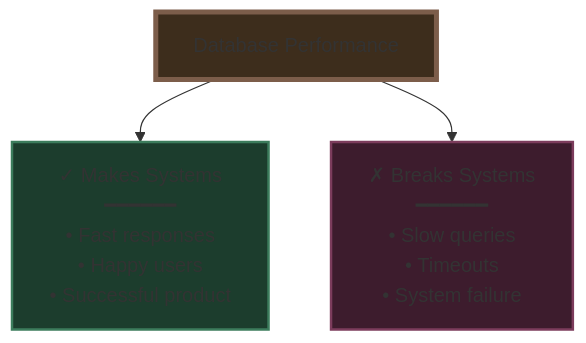
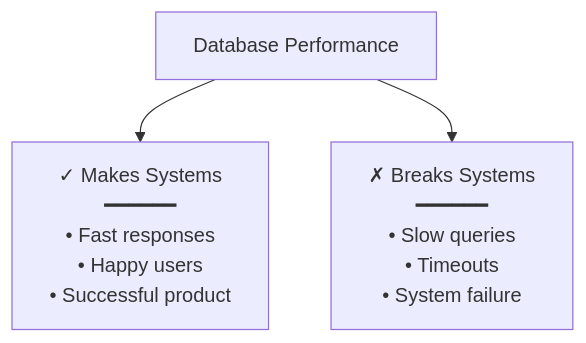
One commit to Yash-Kavaiya/The-System-Design-Masterclass changed the first of 19 diagrams in system design beginner/7. Scaling Databases.md. Above: the diagram before and after it, drawn with Mermaid. The commit also changed other lines of this file, not shown here.

````diff
--- a/system design beginner/7. Scaling Databases.md
+++ b/system design beginner/7. Scaling Databases.md
@@ -7,12 +7,9 @@
 ```mermaid
 graph TB
     DB[Database Performance]
     
     DB --> MAKE[✓ Makes Systems<br/>━━━━━━<br/>• Fast responses<br/>• Happy users<br/>• Successful product]
     
     DB --> BREAK[✗ Breaks Systems<br/>━━━━━━<br/>• Slow queries<br/>• Timeouts<br/>• System failure]
     
-    style DB fill:#3d2d1c,stroke:#7c5d4a,stroke-width:4px
-    style MAKE fill:#1c3d2d,stroke:#3c7c5c,stroke-width:2px
-    style BREAK fill:#3d1c2d,stroke:#7c3c5c,stroke-width:2px
 ```
````
